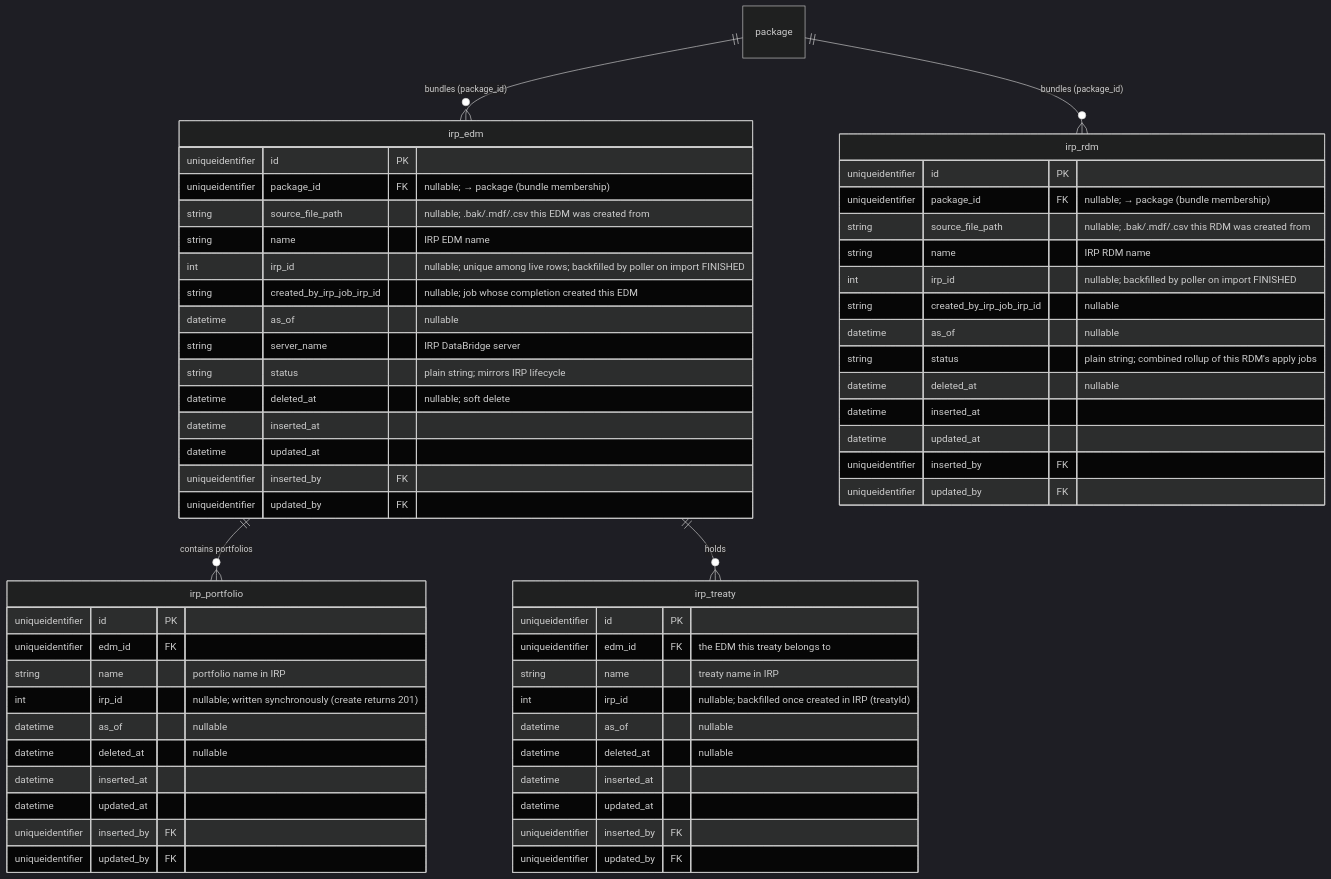
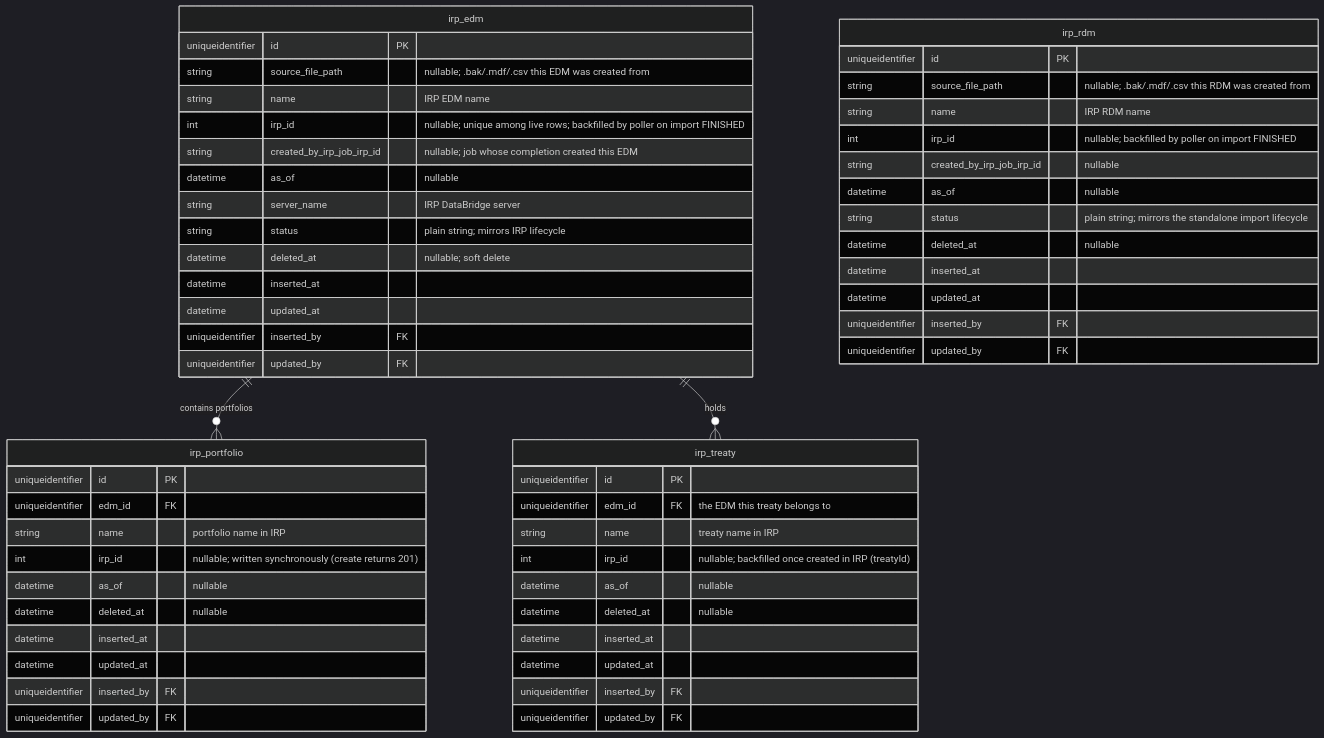
One commit to anilvenugopal/risk-workbench changed the third of 9 diagrams in docs/DATA_MODEL.md. Above: the diagram before and after it, drawn with Mermaid (dark theme). The commit also changed other lines of this file and 9 other files, not shown here.

````diff
--- a/docs/DATA_MODEL.md
+++ b/docs/DATA_MODEL.md
@@ -191,63 +184,59 @@
 ```mermaid
 erDiagram
-  package ||--o{ irp_edm : "bundles (package_id)"
-  package ||--o{ irp_rdm : "bundles (package_id)"
   irp_edm ||--o{ irp_portfolio : "contains portfolios"
   irp_edm ||--o{ irp_treaty : holds
 
   irp_edm {
     uniqueidentifier id PK
-    uniqueidentifier package_id FK "nullable; → package (bundle membership)"
     string source_file_path "nullable; .bak/.mdf/.csv this EDM was created from"
     string name "IRP EDM name"
     int irp_id "nullable; unique among live rows; backfilled by poller on import FINISHED"
     string created_by_irp_job_irp_id "nullable; job whose completion created this EDM"
     datetime as_of "nullable"
     string server_name "IRP DataBridge server"
     string status "plain string; mirrors IRP lifecycle"
     datetime deleted_at "nullable; soft delete"
     datetime inserted_at
     datetime updated_at
     uniqueidentifier inserted_by FK
     uniqueidentifier updated_by FK
   }
   irp_rdm {
     uniqueidentifier id PK
-    uniqueidentifier package_id FK "nullable; → package (bundle membership)"
     string source_file_path "nullable; .bak/.mdf/.csv this RDM was created from"
     string name "IRP RDM name"
     int irp_id "nullable; backfilled by poller on import FINISHED"
     string created_by_irp_job_irp_id "nullable"
     datetime as_of "nullable"
-    string status "plain string; combined rollup of this RDM's apply jobs"
+    string status "plain string; mirrors the standalone import lifecycle"
     datetime deleted_at "nullable"
     datetime inserted_at
     datetime updated_at
     uniqueidentifier inserted_by FK
     uniqueidentifier updated_by FK
   }
   irp_portfolio {
     uniqueidentifier id PK
     uniqueidentifier edm_id FK
     string name "portfolio name in IRP"
     int irp_id "nullable; written synchronously (create returns 201)"
     datetime as_of "nullable"
     datetime deleted_at "nullable"
     datetime inserted_at
     datetime updated_at
     uniqueidentifier inserted_by FK
     uniqueidentifier updated_by FK
   }
   irp_treaty {
     uniqueidentifier id PK
     uniqueidentifier edm_id FK "the EDM this treaty belongs to"
     string name "treaty name in IRP"
     int irp_id "nullable; backfilled once created in IRP (treatyId)"
     datetime as_of "nullable"
     datetime deleted_at "nullable"
     datetime inserted_at
     datetime updated_at
     uniqueidentifier inserted_by FK
     uniqueidentifier updated_by FK
   }
 ```
````
